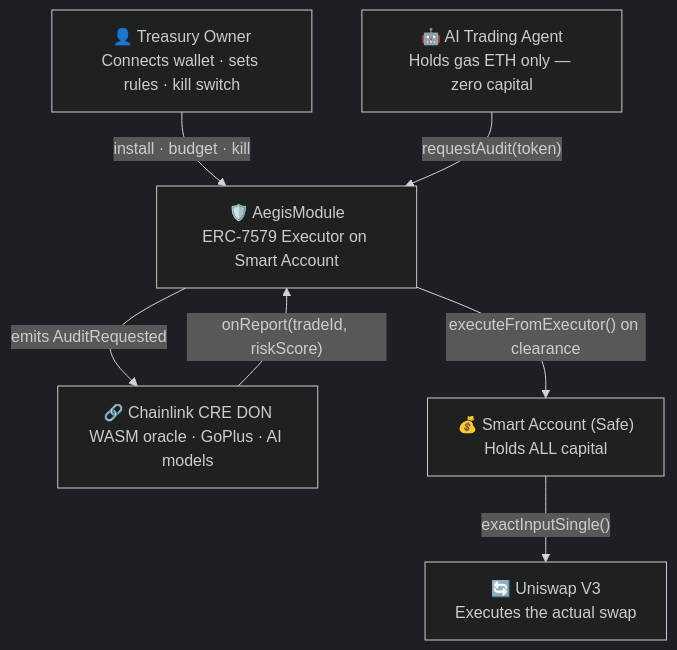
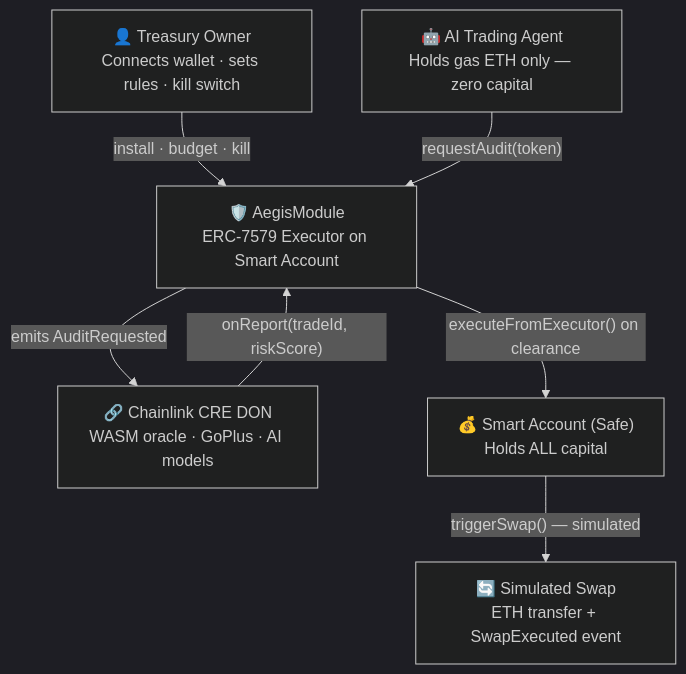
Before and after one commit to vjb/aegis-v4: the first of 12 diagrams in docs/ARCHITECTURE.md, drawn with Mermaid (dark theme). The commit also changed other lines of this file, not shown here.

Commit message:
fix: remove false Uniswap V3 claims from architecture docs

````diff
--- a/docs/ARCHITECTURE.md
+++ b/docs/ARCHITECTURE.md
@@ -9,16 +9,16 @@
 ```mermaid
 graph TD
     Owner["👤 Treasury Owner\nConnects wallet · sets rules · kill switch"]
     Agent["🤖 AI Trading Agent\nHolds gas ETH only — zero capital"]
     Aegis["🛡️ AegisModule\nERC-7579 Executor on Smart Account"]
     CRE["🔗 Chainlink CRE DON\nWASM oracle · GoPlus · AI models"]
     SA["💰 Smart Account (Safe)\nHolds ALL capital"]
-    Uni["🔄 Uniswap V3\nExecutes the actual swap"]
+    Swap["🔄 Simulated Swap\nETH transfer + SwapExecuted event"]
 
     Owner -->|"install · budget · kill"| Aegis
     Agent -->|"requestAudit(token)"| Aegis
     Aegis -->|"emits AuditRequested"| CRE
     CRE -->|"onReport(tradeId, riskScore)"| Aegis
     Aegis -->|"executeFromExecutor() on clearance"| SA
-    SA -->|"exactInputSingle()"| Uni
+    SA -->|"triggerSwap() — simulated"| Swap
 ```
````
